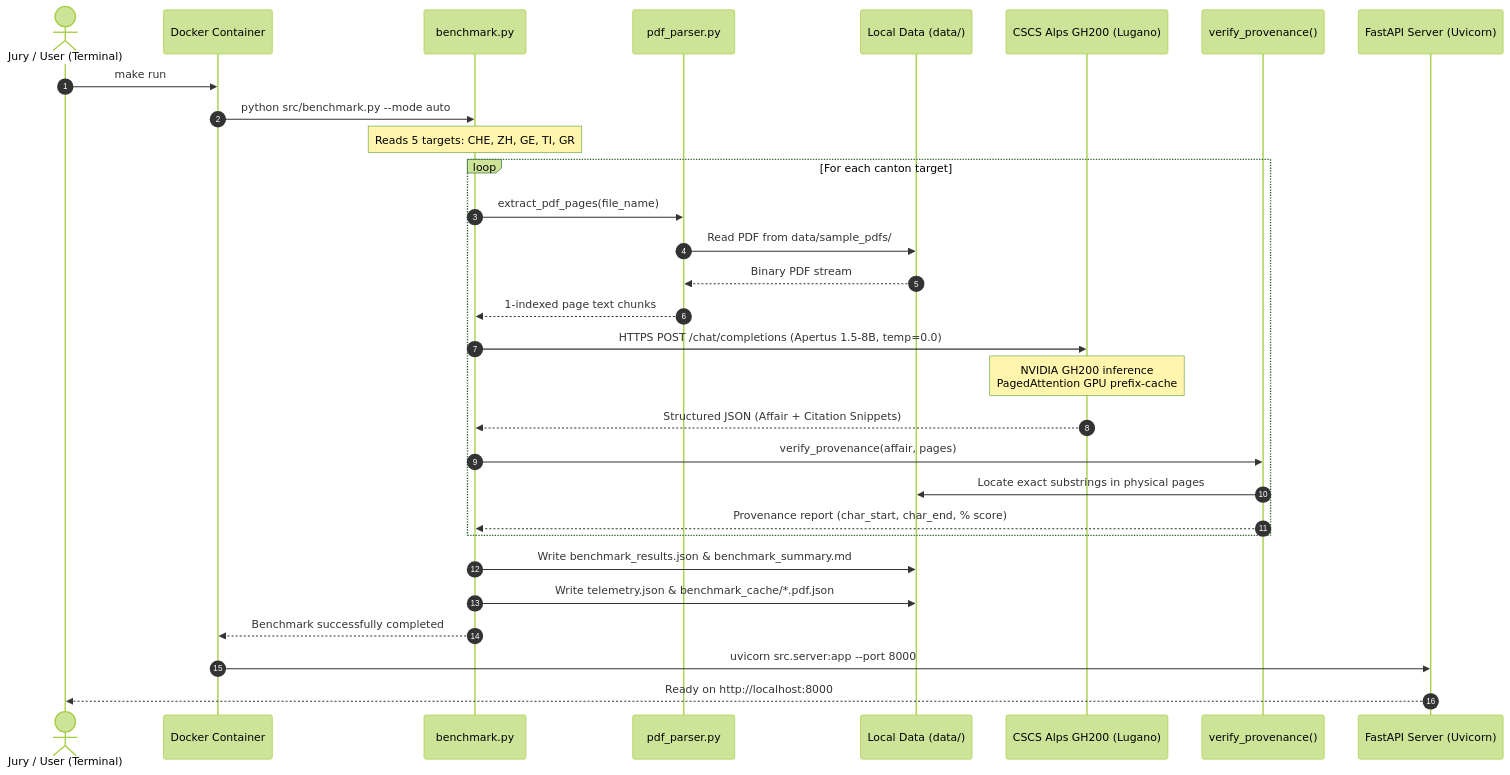
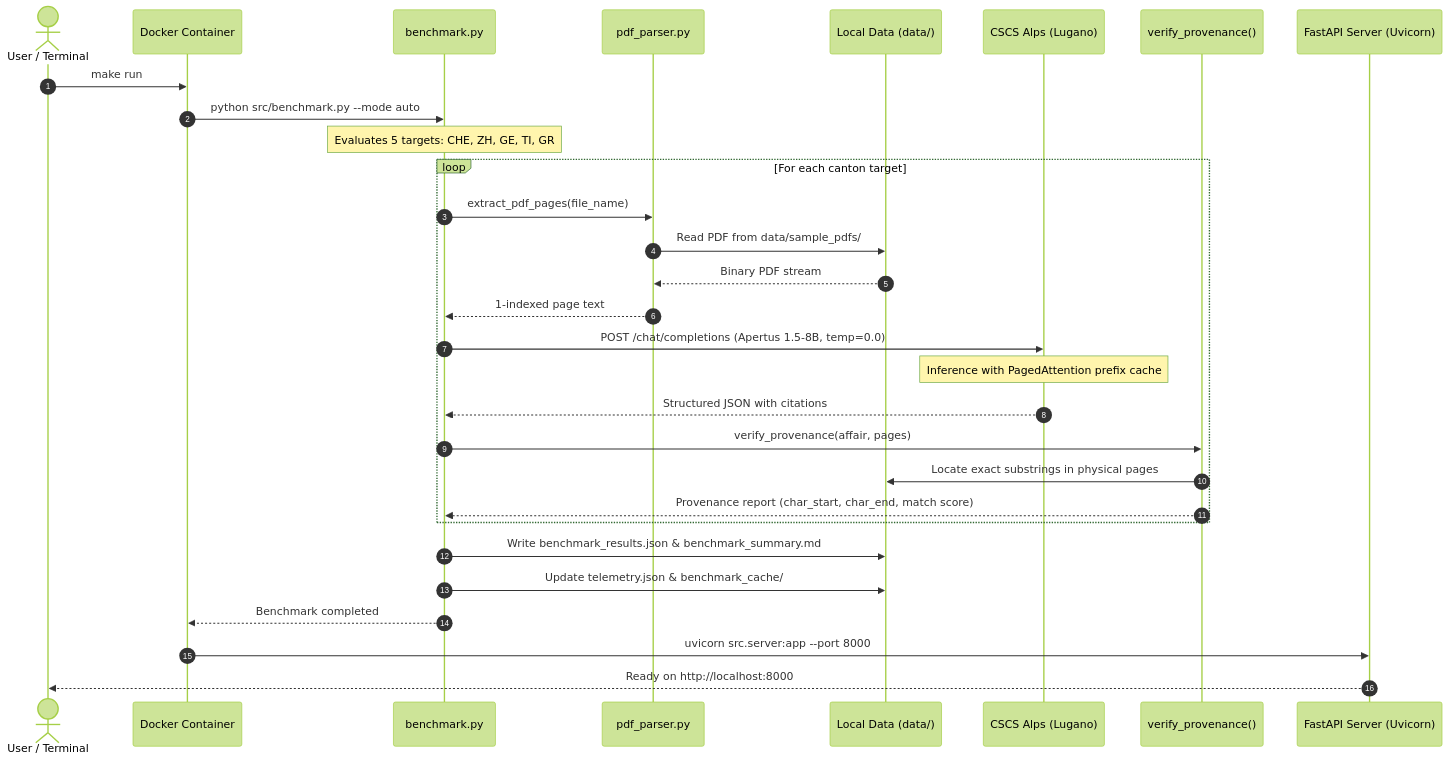
Before and after one commit to vero-code/severin: the second of 4 diagrams in track_2a/docs/architecture.md, drawn with Mermaid (forest theme). The commit also changed other lines of this file and 6 other files, not shown here.

Commit message:
docs: refine report, architecture, READMEs for scientific clarity

````diff
--- a/track_2a/docs/architecture.md
+++ b/track_2a/docs/architecture.md
@@ -140,33 +127,33 @@
 ```mermaid
 sequenceDiagram
     autonumber
-    actor Jury as Jury / User (Terminal)
+    actor User as User / Terminal
     participant Docker as Docker Container
     participant Bench as benchmark.py
     participant Parser as pdf_parser.py
     participant Disk as Local Data (data/)
-    participant CSCS as CSCS Alps GH200 (Lugano)
+    participant CSCS as CSCS Alps (Lugano)
     participant Verifier as verify_provenance()
     participant Server as FastAPI Server (Uvicorn)
 
-    Jury->>Docker: make run
+    User->>Docker: make run
     Docker->>Bench: python src/benchmark.py --mode auto
-    Note over Bench: Reads 5 targets: CHE, ZH, GE, TI, GR
+    Note over Bench: Evaluates 5 targets: CHE, ZH, GE, TI, GR
     loop For each canton target
         Bench->>Parser: extract_pdf_pages(file_name)
         Parser->>Disk: Read PDF from data/sample_pdfs/
         Disk-->>Parser: Binary PDF stream
-        Parser-->>Bench: 1-indexed page text chunks
-        Bench->>CSCS: HTTPS POST /chat/completions (Apertus 1.5-8B, temp=0.0)
-        Note over CSCS: NVIDIA GH200 inference<br/>PagedAttention GPU prefix-cache
-        CSCS-->>Bench: Structured JSON (Affair + Citation Snippets)
+        Parser-->>Bench: 1-indexed page text
+        Bench->>CSCS: POST /chat/completions (Apertus 1.5-8B, temp=0.0)
+        Note over CSCS: Inference with PagedAttention prefix cache
+        CSCS-->>Bench: Structured JSON with citations
         Bench->>Verifier: verify_provenance(affair, pages)
         Verifier->>Disk: Locate exact substrings in physical pages
-        Verifier-->>Bench: Provenance report (char_start, char_end, % score)
+        Verifier-->>Bench: Provenance report (char_start, char_end, match score)
     end
     Bench->>Disk: Write benchmark_results.json & benchmark_summary.md
-    Bench->>Disk: Write telemetry.json & benchmark_cache/*.pdf.json
-    Bench-->>Docker: Benchmark successfully completed
+    Bench->>Disk: Update telemetry.json & benchmark_cache/
+    Bench-->>Docker: Benchmark completed
     Docker->>Server: uvicorn src.server:app --port 8000
-    Server-->>Jury: Ready on http://localhost:8000
+    Server-->>User: Ready on http://localhost:8000
 ```
````
